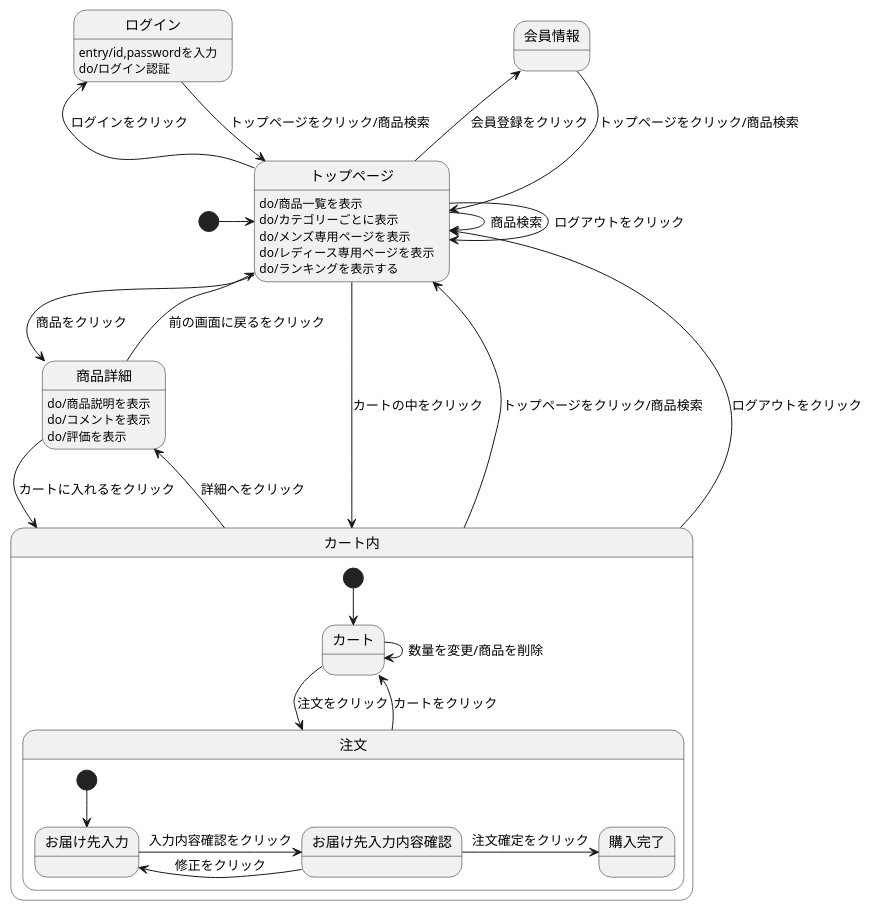
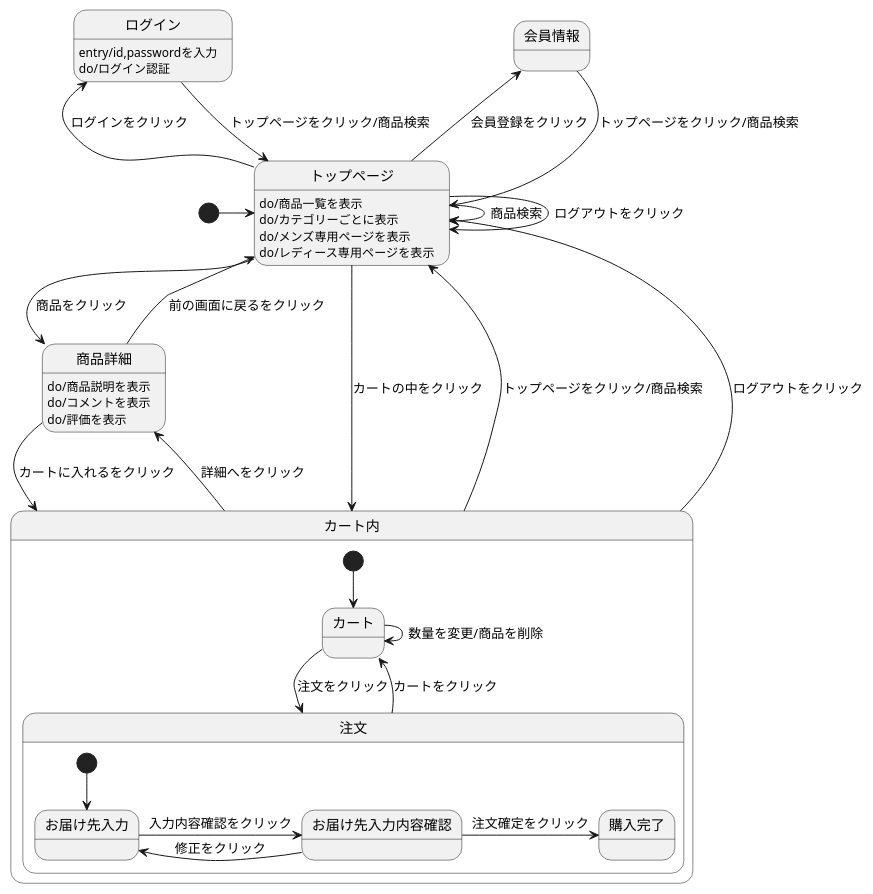
Before and after one commit to Aso2001181/2021sys-design: the diagram in stm01.md, drawn with PlantUML.

````diff
--- a/stm01.md
+++ b/stm01.md
@@ -1,43 +1,42 @@
 ```uml
 @startuml
 [*] -> トップページ
 会員情報 --> トップページ : トップページをクリック/商品検索
 ログイン --> トップページ : トップページをクリック/商品検索
 ログイン : entry/id,passwordを入力
 ログイン : do/ログイン認証
 トップページ --> トップページ : ログアウトをクリック
 トップページ -> トップページ : 商品検索
 トップページ -> 商品詳細 : 商品をクリック
 トップページ -left-> 会員情報 : 会員登録をクリック
 トップページ -left-> ログイン : ログインをクリック
 トップページ --> カート内 : カートの中をクリック
 トップページ : do/商品一覧を表示
 トップページ : do/カテゴリーごとに表示
 トップページ : do/メンズ専用ページを表示
 トップページ : do/レディース専用ページを表示
-トップページ : do/ランキングを表示する
 商品詳細 --> カート内 : カートに入れるをクリック
 商品詳細 --> トップページ : 前の画面に戻るをクリック
 商品詳細 : do/商品説明を表示
 商品詳細 : do/コメントを表示
 商品詳細 : do/評価を表示
 カート内 -up-> トップページ : トップページをクリック/商品検索
 カート内 -up-> トップページ : ログアウトをクリック
 カート内 -> 商品詳細 : 詳細へをクリック
 
  
 
 state カート内 {
  [*] --> カート
  カート -> 注文 : 注文をクリック
  カート -> カート : 数量を変更/商品を削除
  注文 --> カート : カートをクリック
  state 注文 {
   [*] --> お届け先入力
   お届け先入力 -> お届け先入力内容確認 : 入力内容確認をクリック
   お届け先入力内容確認 -> お届け先入力 : 修正をクリック
   お届け先入力内容確認 -> 購入完了 : 注文確定をクリック
   }
  }
 @enduml
 ```
````
